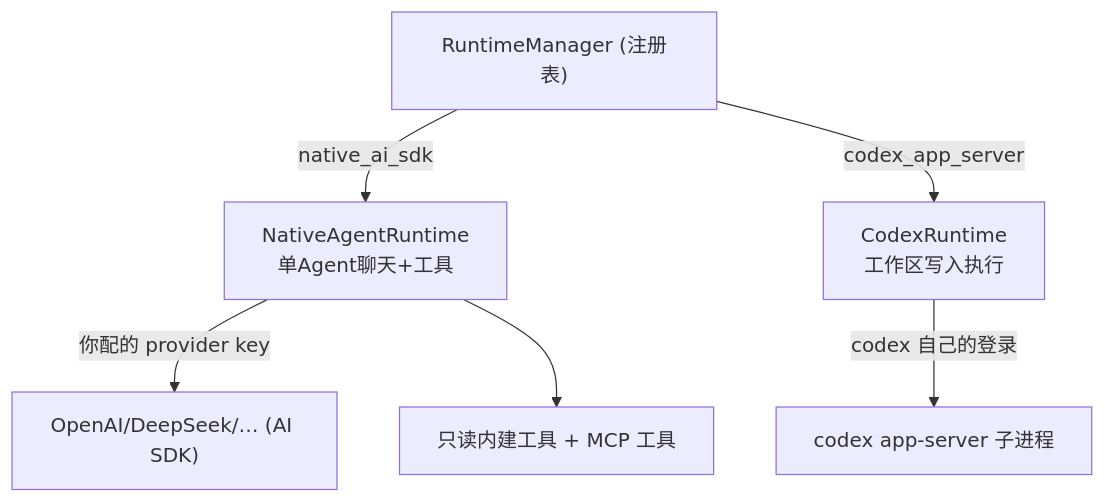
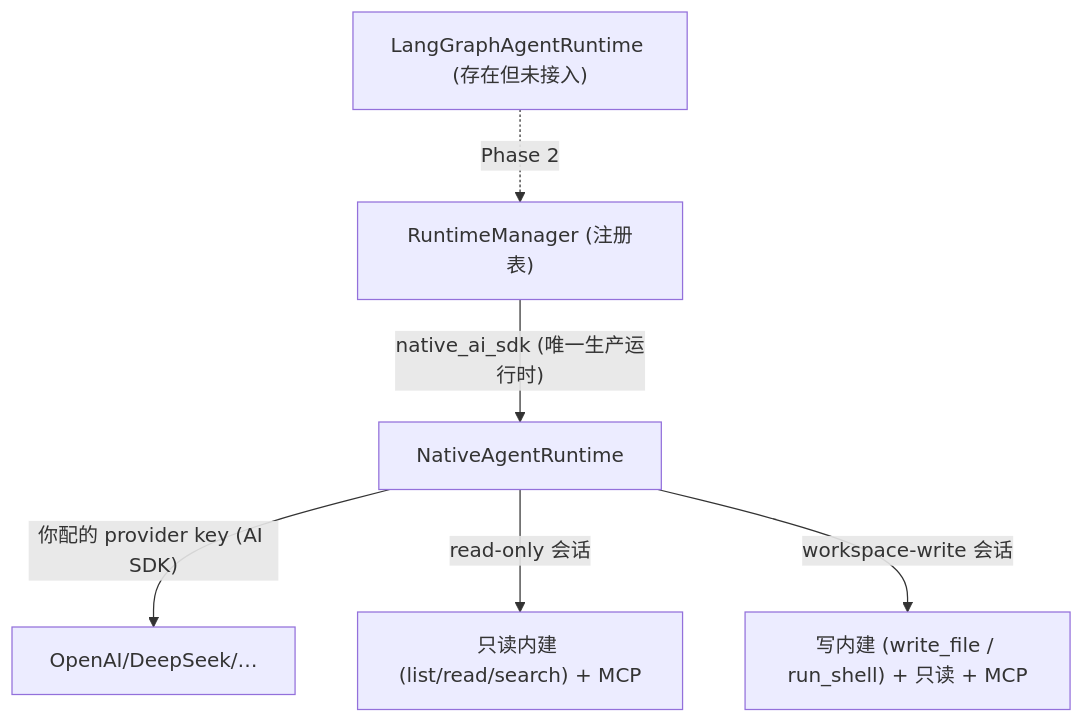
Before and after one commit to Haosen-Zhang/Socrates: the seventh of 7 diagrams in doc/architecture.md, drawn with Mermaid. The commit also changed other lines of this file and 2 other files, not shown here.

First line of the commit message:
docs: 同步架构文档到现状（Codex 已移除、native 执行、成员管理）

````diff
--- a/doc/architecture.md
+++ b/doc/architecture.md
@@ -327,9 +340,9 @@
 ```mermaid
 graph TB
   RM["RuntimeManager (注册表)"]
-  RM -->|"native_ai_sdk"| N["NativeAgentRuntime<br/>单Agent聊天+工具"]
-  RM -->|"codex_app_server"| Cx["CodexRuntime<br/>工作区写入执行"]
-  N -->|"你配的 provider key"| Prov["OpenAI/DeepSeek/… (AI SDK)"]
-  N --> Tools["只读内建工具 + MCP 工具"]
-  Cx -->|"codex 自己的登录"| Codex["codex app-server 子进程"]
+  RM -->|"native_ai_sdk (唯一生产运行时)"| N["NativeAgentRuntime"]
+  N -->|"你配的 provider key (AI SDK)"| Prov["OpenAI/DeepSeek/…"]
+  N -->|"read-only 会话"| RO["只读内建 (list/read/search) + MCP"]
+  N -->|"workspace-write 会话"| RW["写内建 (write_file / run_shell) + 只读 + MCP"]
+  LG["LangGraphAgentRuntime (存在但未接入)"] -.->|Phase 2| RM
 ```
````
